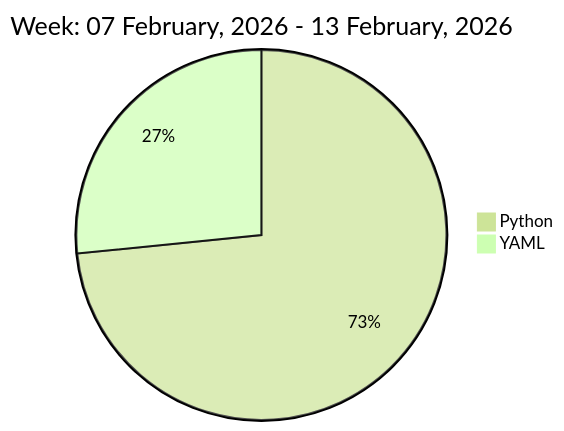
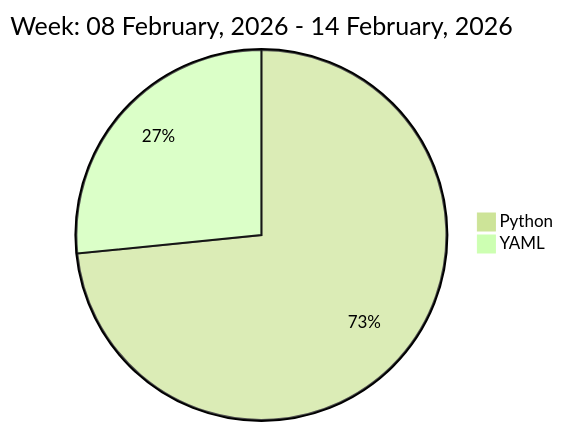
One commit to liubin95/liubin95 changed the diagram in README.md. Above: the diagram before and after it, drawn with Mermaid (forest theme).

Commit message:
Updated the Graph with new Metrics

````diff
--- a/README.md
+++ b/README.md
@@ -37,6 +37,6 @@
 ```mermaid
  pie
-title Week: 07 February, 2026 - 13 February, 2026
+title Week: 08 February, 2026 - 14 February, 2026
  "Python" : 6.68
  "YAML" : 2.42
 ```
````
